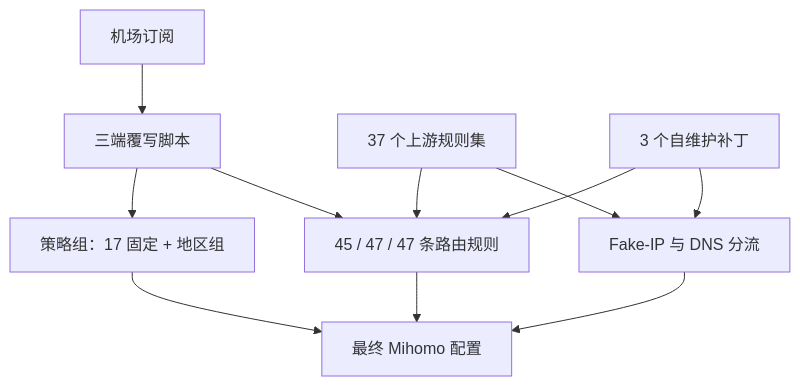
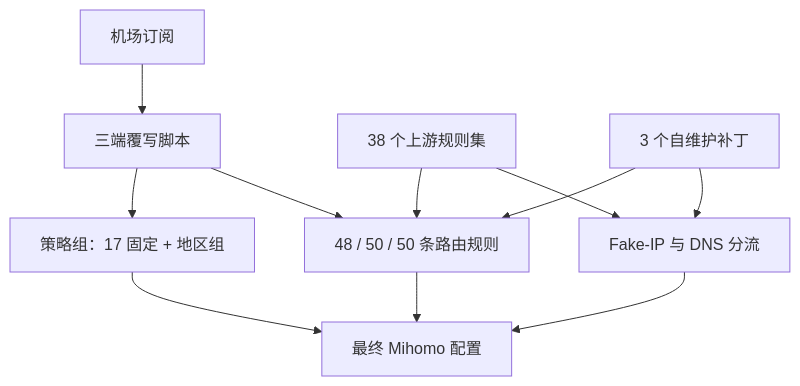
One commit to skullvek/Mihomo-RouteKit changed the diagram in README.md. Above: the diagram before and after it, drawn with Mermaid. The commit also changed other lines of this file and 6 other files, not shown here.

````diff
--- a/README.md
+++ b/README.md
@@ -186,13 +188,13 @@
 ```mermaid
 flowchart TD
     A[机场订阅] --> B[三端覆写脚本]
     B --> C[策略组：17 固定 + 地区组]
-    B --> D[45 / 47 / 47 条路由规则]
-    E[37 个上游规则集] --> D
+    B --> D[48 / 50 / 50 条路由规则]
+    E[38 个上游规则集] --> D
     F[3 个自维护补丁] --> D
     F --> G[Fake-IP 与 DNS 分流]
     E --> G
     D --> H[最终 Mihomo 配置]
     G --> H
     C --> H
 ```
````
